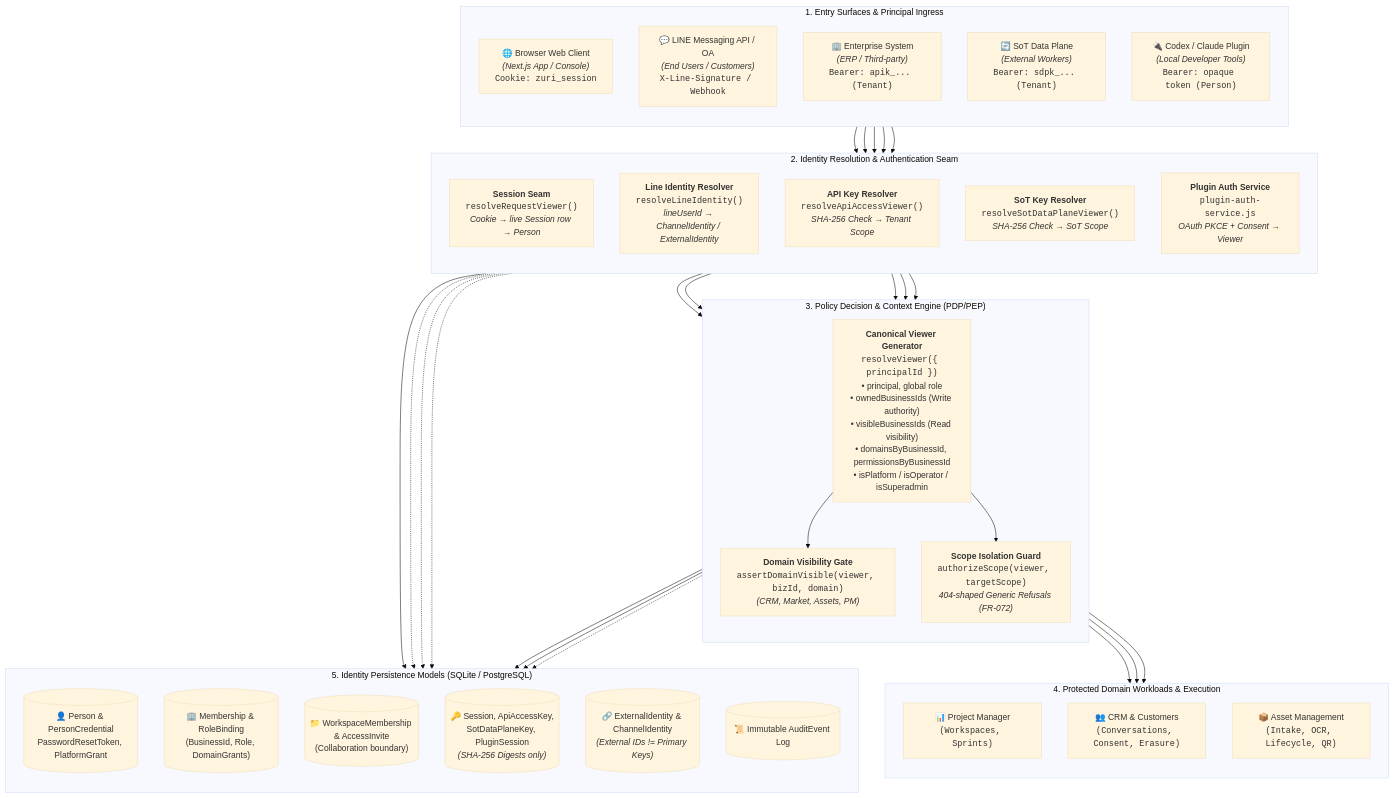
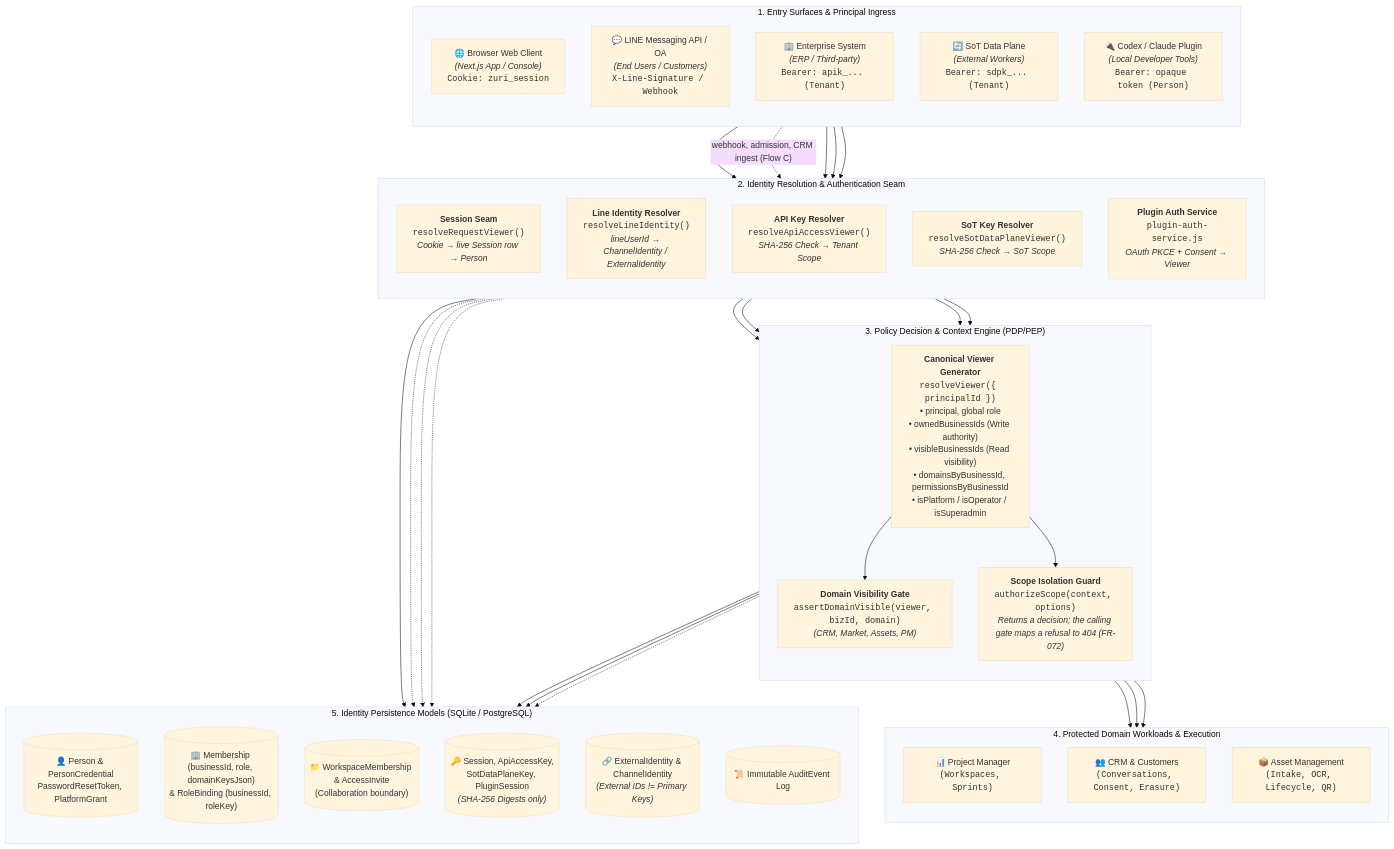
Before and after one commit to Freshair129/zuri.ai: the first of 4 diagrams in docs/domains/identity/SYSTEM-DIAGRAM.md, drawn with Mermaid (base theme). The commit also changed other lines of this file and 2 other files, not shown here.

````diff
--- a/docs/domains/identity/SYSTEM-DIAGRAM.md
+++ b/docs/domains/identity/SYSTEM-DIAGRAM.md
@@ -29,81 +29,80 @@
 ```mermaid
 flowchart TB
     %% Ingress Clients & Entry Surfaces
     subgraph INGRESS["1. Entry Surfaces & Principal Ingress"]
         direction TB
         C_WEB["🌐 Browser Web Client<br/><i>(Next.js App / Console)</i><br/><code>Cookie: zuri_session</code>"]
         C_LINE["💬 LINE Messaging API / OA<br/><i>(End Users / Customers)</i><br/><code>X-Line-Signature / Webhook</code>"]
         C_API["🏢 Enterprise System<br/><i>(ERP / Third-party)</i><br/><code>Bearer: apik_... (Tenant)</code>"]
         C_SOT["🔄 SoT Data Plane<br/><i>(External Workers)</i><br/><code>Bearer: sdpk_... (Tenant)</code>"]
         C_PLUGIN["🔌 Codex / Claude Plugin<br/><i>(Local Developer Tools)</i><br/><code>Bearer: opaque token (Person)</code>"]
     end
 
     %% Identity & Authentication Seam
     subgraph AUTH_LAYER["2. Identity Resolution & Authentication Seam"]
         direction TB
         R_SESSION["<b>Session Seam</b><br/><code>resolveRequestViewer()</code><br/><i>Cookie → live Session row → Person</i>"]
         R_LINE["<b>Line Identity Resolver</b><br/><code>resolveLineIdentity()</code><br/><i>lineUserId → ChannelIdentity / ExternalIdentity</i>"]
         R_APIKEY["<b>API Key Resolver</b><br/><code>resolveApiAccessViewer()</code><br/><i>SHA-256 Check → Tenant Scope</i>"]
         R_SOTKEY["<b>SoT Key Resolver</b><br/><code>resolveSotDataPlaneViewer()</code><br/><i>SHA-256 Check → SoT Scope</i>"]
         R_PLUGIN["<b>Plugin Auth Service</b><br/><code>plugin-auth-service.js</code><br/><i>OAuth PKCE + Consent → Viewer</i>"]
     end
 
     %% PDP & Authorization Engine
     subgraph PDP_LAYER["3. Policy Decision & Context Engine (PDP/PEP)"]
         direction TB
         VIEWER_GEN["<b>Canonical Viewer Generator</b><br/><code>resolveViewer({ principalId })</code><br/>• principal, global role<br/>• ownedBusinessIds (Write authority)<br/>• visibleBusinessIds (Read visibility)<br/>• domainsByBusinessId, permissionsByBusinessId<br/>• isPlatform / isOperator / isSuperadmin"]
         
         DOMAIN_PEP["<b>Domain Visibility Gate</b><br/><code>assertDomainVisible(viewer, bizId, domain)</code><br/><i>(CRM, Market, Assets, PM)</i>"]
         
-        SCOPE_PEP["<b>Scope Isolation Guard</b><br/><code>authorizeScope(viewer, targetScope)</code><br/><i>404-shaped Generic Refusals (FR-072)</i>"]
+        SCOPE_PEP["<b>Scope Isolation Guard</b><br/><code>authorizeScope(context, options)</code><br/><i>Returns a decision; the calling gate maps a refusal to 404 (FR-072)</i>"]
     end
 
     %% Domain Subsystems & Protected Workloads
     subgraph DOMAINS["4. Protected Domain Workloads & Execution"]
         direction TB
         D_PM["📊 Project Manager<br/><code>(Workspaces, Sprints)</code>"]
         D_CRM["👥 CRM & Customers<br/><code>(Conversations, Consent, Erasure)</code>"]
         D_ASSETS["📦 Asset Management<br/><code>(Intake, OCR, Lifecycle, QR)</code>"]
     end
 
     %% Persistence & Security Store
     subgraph PERSISTENCE["5. Identity Persistence Models (SQLite / PostgreSQL)"]
         direction TB
         DB_PERSON[("👤 Person & PersonCredential<br/>PasswordResetToken, PlatformGrant")]
-        DB_MEMBERSHIP[("🏢 Membership & RoleBinding<br/>(BusinessId, Role, DomainGrants)")]
+        DB_MEMBERSHIP[("🏢 Membership (businessId, role, domainKeysJson)<br/>& RoleBinding (businessId, roleKey)")]
         DB_WORKSPACE[("📁 WorkspaceMembership & AccessInvite<br/>(Collaboration boundary)")]
         DB_KEYS[("🔑 Session, ApiAccessKey,<br/>SotDataPlaneKey, PluginSession<br/><i>(SHA-256 Digests only)</i>")]
         DB_EXT[("🔗 ExternalIdentity & ChannelIdentity<br/><i>(External IDs != Primary Keys)</i>")]
         DB_AUDIT[("📜 Immutable AuditEvent Log")]
     end
 
     %% Connections
     C_WEB --> R_SESSION
-    C_LINE --> R_LINE
+    C_LINE -. "webhook, admission, CRM ingest (Flow C)" .-> R_LINE
     C_API --> R_APIKEY
     C_SOT --> R_SOTKEY
     C_PLUGIN --> R_PLUGIN
 
     R_SESSION --> VIEWER_GEN
     R_LINE --> DB_EXT
-    R_LINE --> VIEWER_GEN
     R_PLUGIN --> VIEWER_GEN
     
     VIEWER_GEN --> DB_PERSON
     VIEWER_GEN --> DB_MEMBERSHIP
     VIEWER_GEN --> DOMAIN_PEP
     VIEWER_GEN --> SCOPE_PEP
 
     R_APIKEY --> SCOPE_PEP
     R_SOTKEY --> SCOPE_PEP
 
     R_APIKEY -.-> DB_KEYS
     R_SOTKEY -.-> DB_KEYS
     R_SESSION -.-> DB_KEYS
 
     DOMAIN_PEP --> D_PM
     DOMAIN_PEP --> D_CRM
     DOMAIN_PEP --> D_ASSETS
 
     PDP_LAYER -.-> DB_AUDIT
 ```
````
